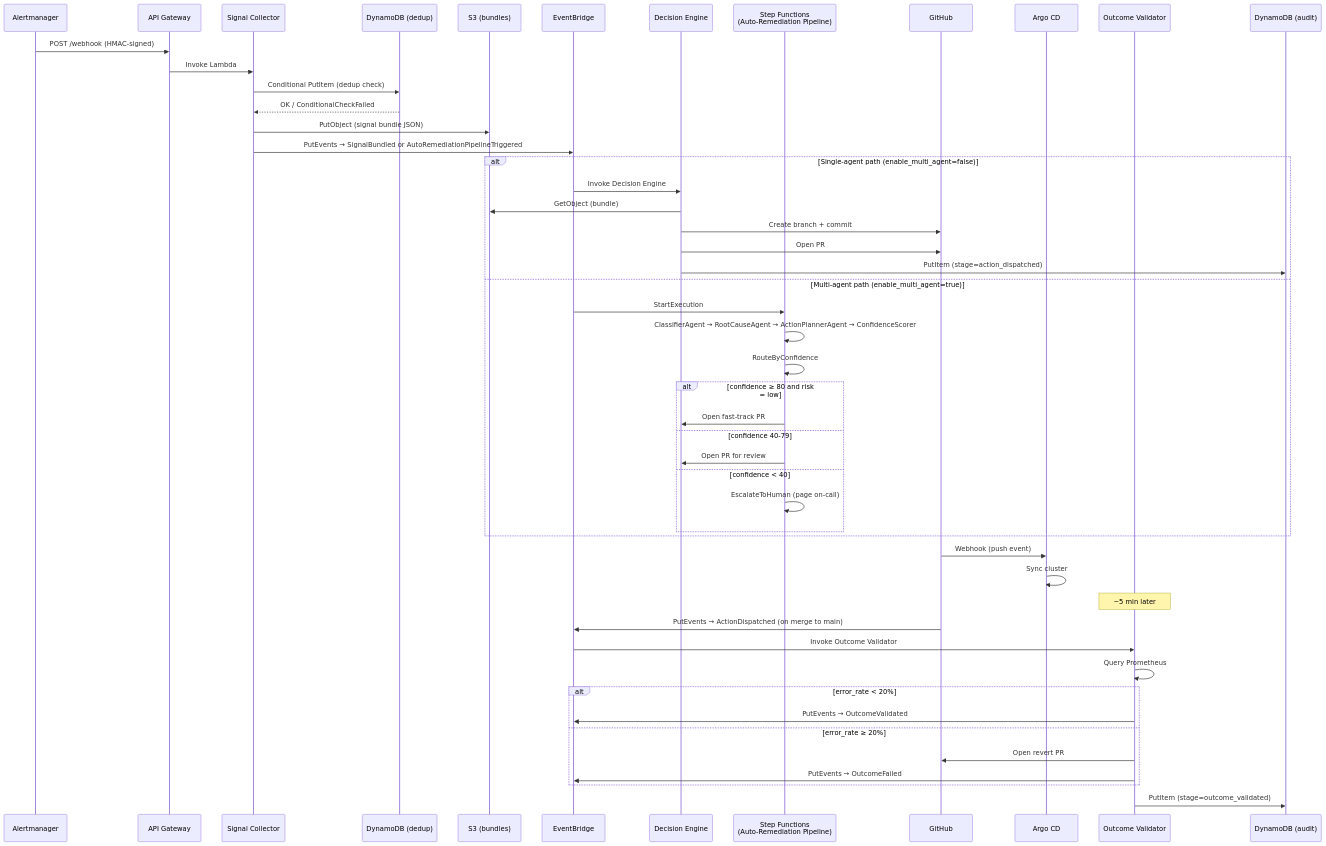
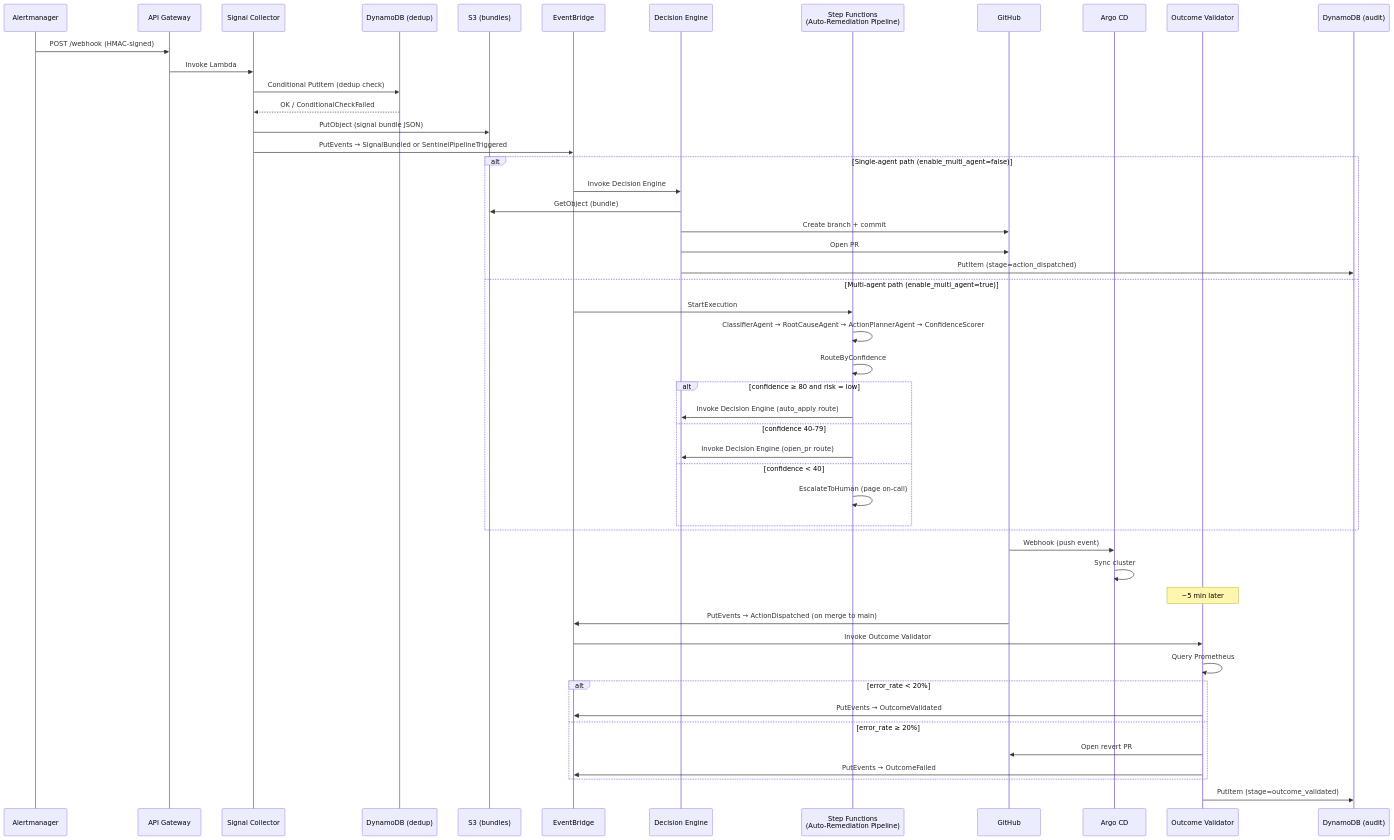
Before and after one commit to adedaramola/gitops-auto-remediation: the first of 4 diagrams in docs/architecture.md, drawn with Mermaid. The commit also changed other lines of this file and 4 other files, not shown here.

````diff
--- a/docs/architecture.md
+++ b/docs/architecture.md
@@ -5,56 +5,56 @@
 ```mermaid
 sequenceDiagram
     participant AM  as Alertmanager
     participant AGW as API Gateway
     participant SC  as Signal Collector
     participant DDB as DynamoDB (dedup)
     participant S3  as S3 (bundles)
     participant EB  as EventBridge
     participant DE  as Decision Engine
     participant SF  as Step Functions<br/>(Auto-Remediation Pipeline)
     participant GH  as GitHub
     participant CD  as Argo CD
     participant OV  as Outcome Validator
     participant AUD as DynamoDB (audit)
 
     AM->>AGW: POST /webhook (HMAC-signed)
     AGW->>SC: Invoke Lambda
     SC->>DDB: Conditional PutItem (dedup check)
     DDB-->>SC: OK / ConditionalCheckFailed
     SC->>S3: PutObject (signal bundle JSON)
-    SC->>EB: PutEvents → SignalBundled or AutoRemediationPipelineTriggered
+    SC->>EB: PutEvents → SignalBundled or SentinelPipelineTriggered
 
     alt Single-agent path (enable_multi_agent=false)
         EB->>DE: Invoke Decision Engine
         DE->>S3: GetObject (bundle)
         DE->>GH: Create branch + commit
         DE->>GH: Open PR
         DE->>AUD: PutItem (stage=action_dispatched)
     else Multi-agent path (enable_multi_agent=true)
         EB->>SF: StartExecution
         SF->>SF: ClassifierAgent → RootCauseAgent → ActionPlannerAgent → ConfidenceScorer
         SF->>SF: RouteByConfidence
         alt confidence ≥ 80 and risk = low
-            SF->>DE: Open fast-track PR
+            SF->>DE: Invoke Decision Engine (auto_apply route)
         else confidence 40-79
-            SF->>DE: Open PR for review
+            SF->>DE: Invoke Decision Engine (open_pr route)
         else confidence < 40
             SF->>SF: EscalateToHuman (page on-call)
         end
     end
 
     GH->>CD: Webhook (push event)
     CD->>CD: Sync cluster
 
     Note over OV: ~5 min later
     GH->>EB: PutEvents → ActionDispatched (on merge to main)
     EB->>OV: Invoke Outcome Validator
     OV->>OV: Query Prometheus
     alt error_rate < 20%
         OV->>EB: PutEvents → OutcomeValidated
     else error_rate ≥ 20%
         OV->>GH: Open revert PR
         OV->>EB: PutEvents → OutcomeFailed
     end
     OV->>AUD: PutItem (stage=outcome_validated)
 ```
````
